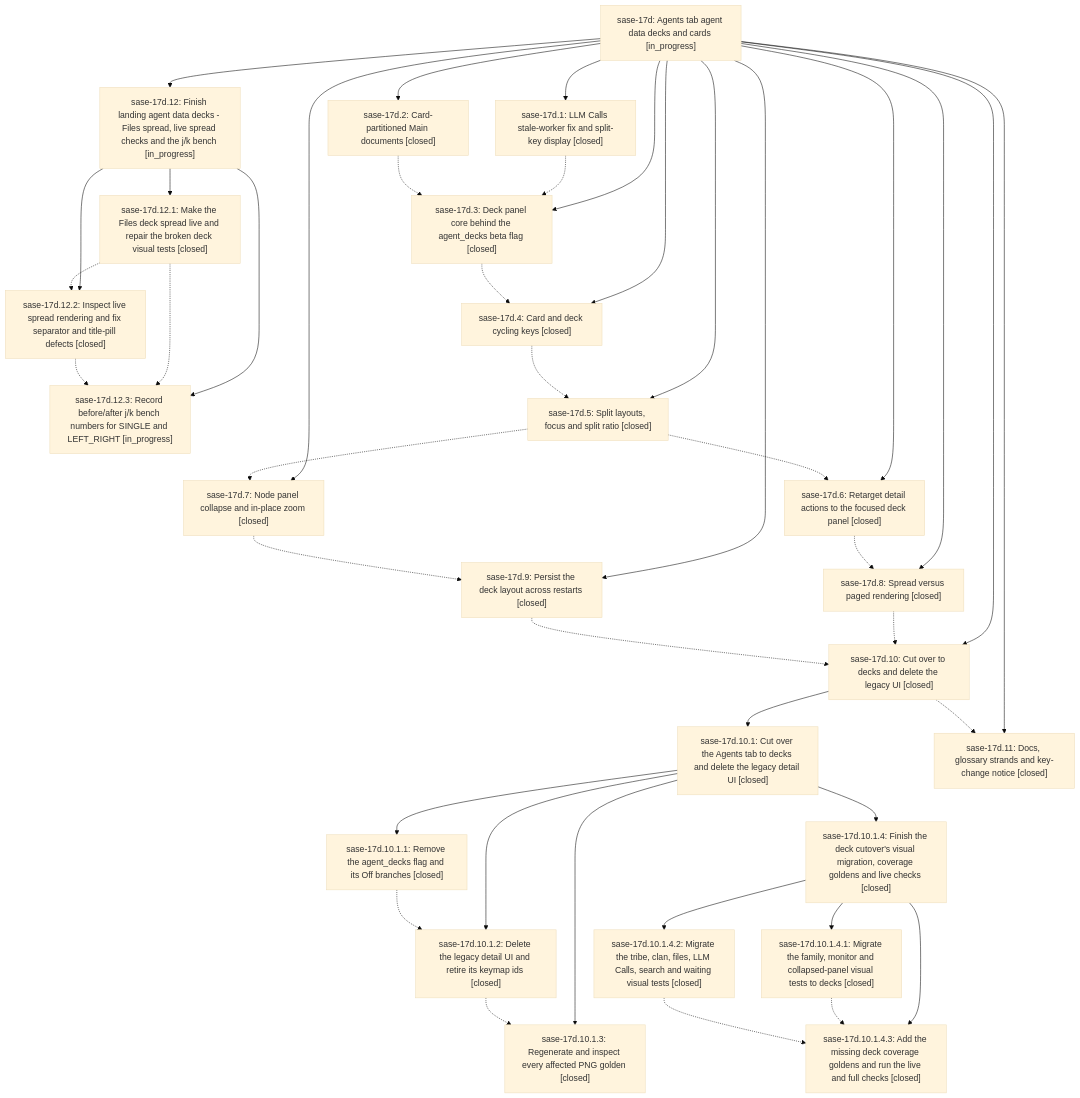
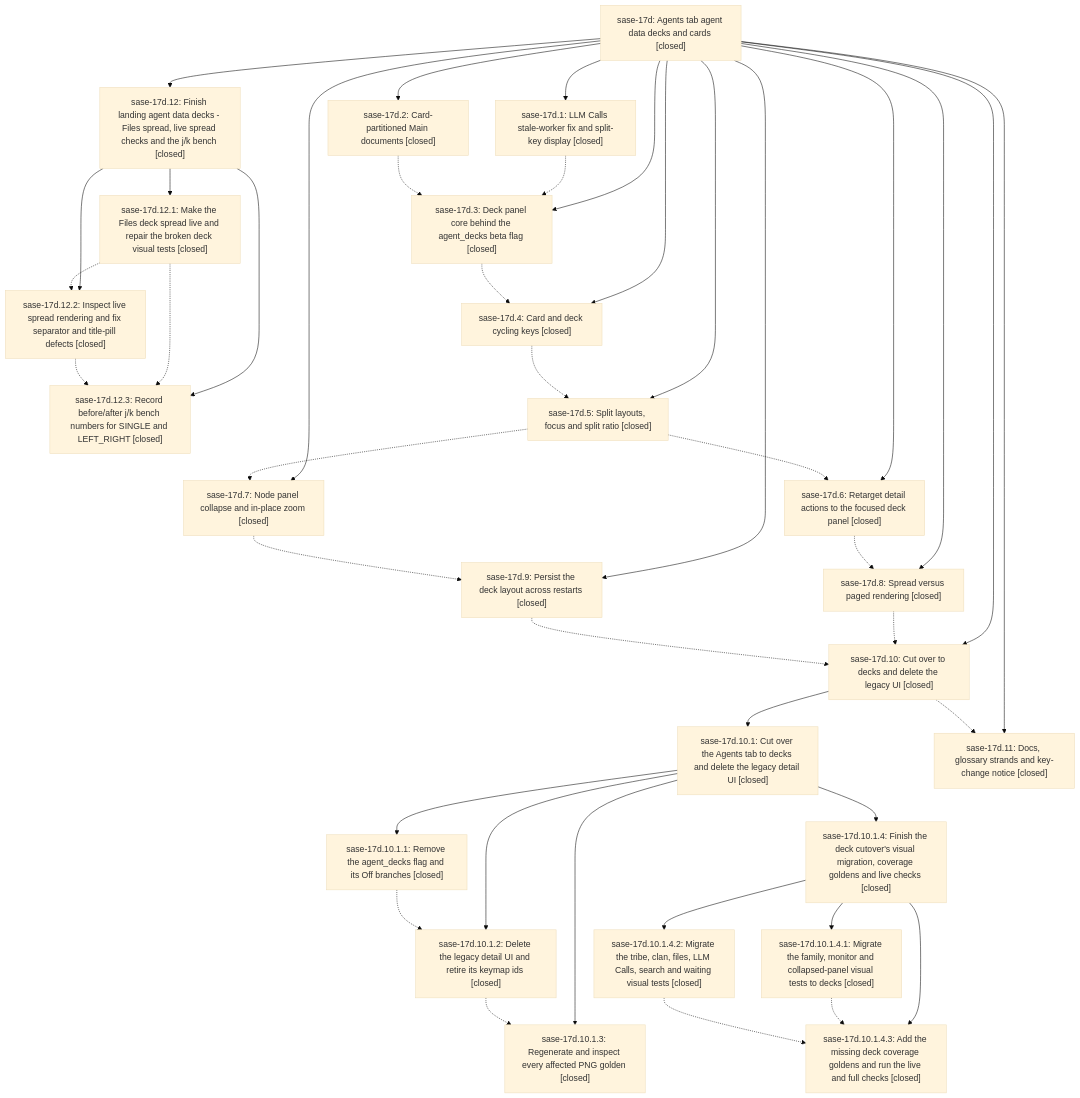
One commit to sase-org/sase--beads changed the diagram in pages/sase-17d/README.md. Above: the diagram before and after it, drawn with Mermaid (base theme). The commit also changed other lines of this file and 23 other files, not shown here.

````diff
--- a/pages/sase-17d/README.md
+++ b/pages/sase-17d/README.md
@@ -95,68 +95,68 @@
 ```mermaid
 flowchart TD
-    n0["sase-17d: Agents tab agent data decks and cards [in_progress]"]
+    n0["sase-17d: Agents tab agent data decks and cards [closed]"]
     n1["sase-17d.1: LLM Calls stale-worker fix and split-key display [closed]"]
     n2["sase-17d.10: Cut over to decks and delete the legacy UI [closed]"]
     n3["sase-17d.10.1: Cut over the Agents tab to decks and delete the legacy detail UI [closed]"]
     n4["sase-17d.10.1.1: Remove the agent_decks flag and its Off branches [closed]"]
     n5["sase-17d.10.1.2: Delete the legacy detail UI and retire its keymap ids [closed]"]
     n6["sase-17d.10.1.3: Regenerate and inspect every affected PNG golden [closed]"]
     n7["sase-17d.10.1.4: Finish the deck cutover's visual migration, coverage goldens and live checks [closed]"]
     n8["sase-17d.10.1.4.1: Migrate the family, monitor and collapsed-panel visual tests to decks [closed]"]
     n9["sase-17d.10.1.4.2: Migrate the tribe, clan, files, LLM Calls, search and waiting visual tests [closed]"]
     n10["sase-17d.10.1.4.3: Add the missing deck coverage goldens and run the live and full checks [closed]"]
     n11["sase-17d.11: Docs, glossary strands and key-change notice [closed]"]
-    n12["sase-17d.12: Finish landing agent data decks - Files spread, live spread checks and the j/k bench [in_progress]"]
+    n12["sase-17d.12: Finish landing agent data decks - Files spread, live spread checks and the j/k bench [closed]"]
     n13["sase-17d.12.1: Make the Files deck spread live and repair the broken deck visual tests [closed]"]
     n14["sase-17d.12.2: Inspect live spread rendering and fix separator and title-pill defects [closed]"]
-    n15["sase-17d.12.3: Record before/after j/k bench numbers for SINGLE and LEFT_RIGHT [in_progress]"]
+    n15["sase-17d.12.3: Record before/after j/k bench numbers for SINGLE and LEFT_RIGHT [closed]"]
     n16["sase-17d.2: Card-partitioned Main documents [closed]"]
     n17["sase-17d.3: Deck panel core behind the agent_decks beta flag [closed]"]
     n18["sase-17d.4: Card and deck cycling keys [closed]"]
     n19["sase-17d.5: Split layouts, focus and split ratio [closed]"]
     n20["sase-17d.6: Retarget detail actions to the focused deck panel [closed]"]
     n21["sase-17d.7: Node panel collapse and in-place zoom [closed]"]
     n22["sase-17d.8: Spread versus paged rendering [closed]"]
     n23["sase-17d.9: Persist the deck layout across restarts [closed]"]
     n0 --> n1
     n0 --> n2
     n2 --> n3
     n3 --> n4
     n3 --> n5
     n3 --> n6
     n3 --> n7
     n7 --> n8
     n7 --> n9
     n7 --> n10
     n0 --> n11
     n0 --> n12
     n12 --> n13
     n12 --> n14
     n12 --> n15
     n0 --> n16
     n0 --> n17
     n0 --> n18
     n0 --> n19
     n0 --> n20
     n0 --> n21
     n0 --> n22
     n0 --> n23
     n1 -.-> n17
     n2 -.-> n11
     n4 -.-> n5
     n5 -.-> n6
     n8 -.-> n10
     n9 -.-> n10
     n13 -.-> n14
     n13 -.-> n15
     n14 -.-> n15
     n16 -.-> n17
     n17 -.-> n18
     n18 -.-> n19
     n19 -.-> n20
     n19 -.-> n21
     n20 -.-> n22
     n21 -.-> n23
     n22 -.-> n2
     n23 -.-> n2
 ```
````
